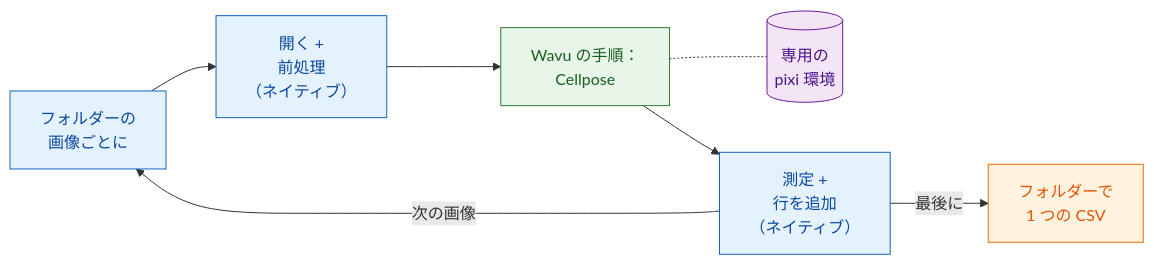
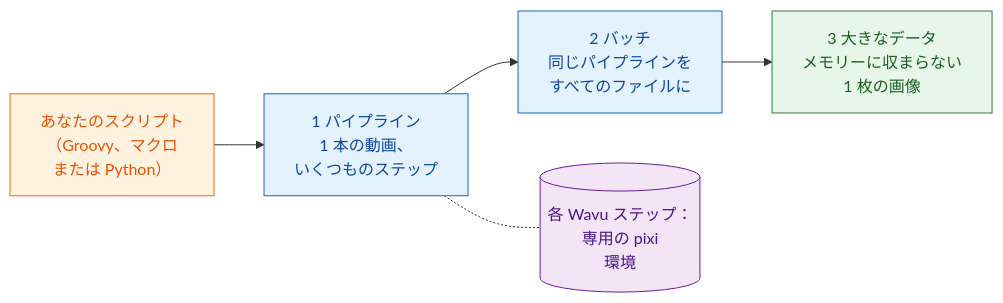
One commit to Oxford-Zeiss-Centre-of-Excellence/Wavu changed the diagram in guide/workflows/index.ja.md. Above: the diagram before and after it, drawn with Mermaid. The commit also changed other lines of this file and 104 other files, not shown here.

````diff
--- a/guide/workflows/index.ja.md
+++ b/guide/workflows/index.ja.md
@@ -29,18 +48,15 @@
 ```mermaid
 flowchart LR
-    L["フォルダーの<br/>画像ごとに"]:::fiji
-    O["開く +<br/>前処理<br/>（ネイティブ）"]:::fiji
-    W["Wavu の手順：<br/>Cellpose"]:::worker
-    E[("専用の<br/>pixi 環境")]:::env
-    M["測定 +<br/>行を追加<br/>（ネイティブ）"]:::fiji
-    C["フォルダーで<br/>1 つの CSV"]:::script
-    L --> O --> W --> M
-    M -- "次の画像" --> L
-    W -.- E
-    M -- "最後に" --> C
+    S["あなたのスクリプト<br/>（Groovy、マクロ<br/>または Python）"]:::script
+    P["1 パイプライン<br/>1 本の動画、<br/>いくつものステップ"]:::fiji
+    B["2 バッチ<br/>同じパイプラインを<br/>すべてのファイルに"]:::fiji
+    L["3 大きなデータ<br/>メモリーに収まらない<br/>1 枚の画像"]:::worker
+    E[("各 Wavu ステップ：<br/>専用の pixi<br/>環境")]:::env
+    S --> P --> B --> L
+    P -.- E
 
     classDef fiji   fill:#e3f2fd,stroke:#1565c0,color:#0d47a1
     classDef worker fill:#e8f5e9,stroke:#2e7d32,color:#1b5e20
     classDef script fill:#fff3e0,stroke:#ef6c00,color:#e65100
     classDef env    fill:#f3e5f5,stroke:#6a1b9a,color:#4a148c
 ```
````
